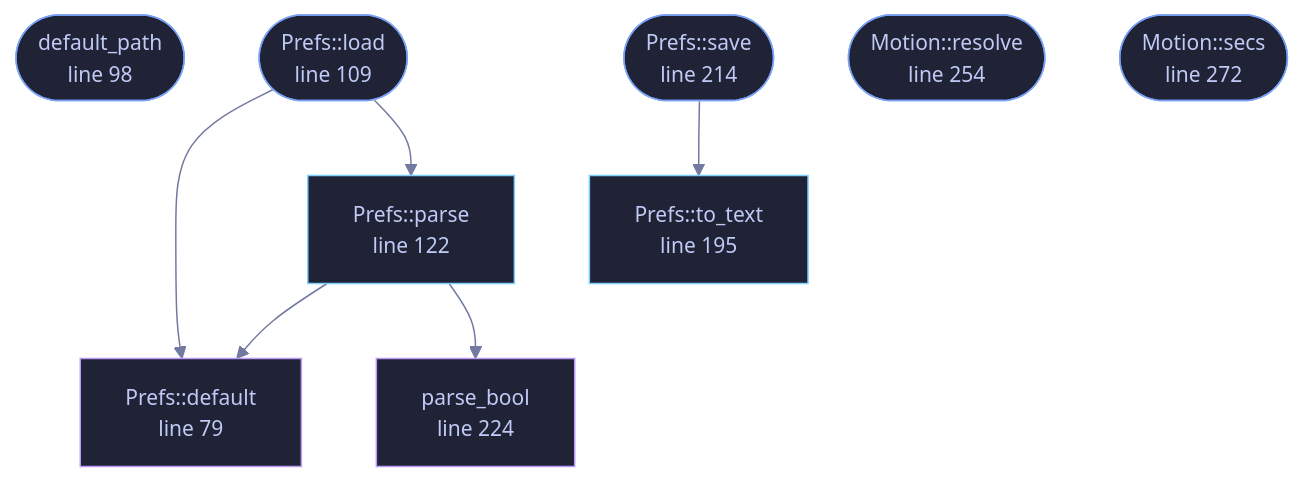
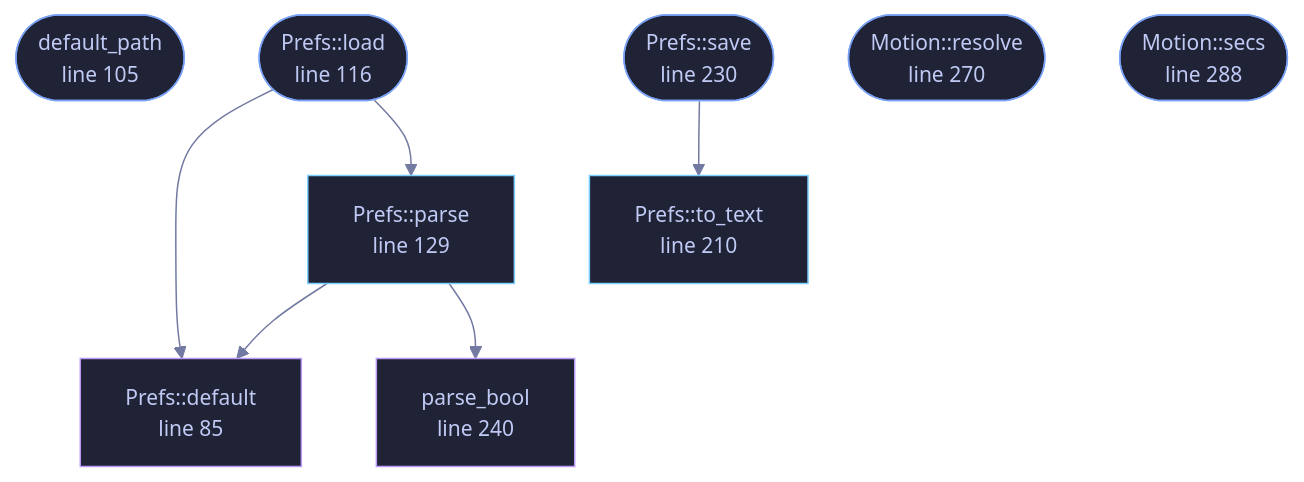
Before and after one commit to tilas01/veilvoice: the diagram in wiki/File-veilvoice-gui-prefs.md, drawn with Mermaid. The commit also changed other lines of this file and 69 other files, not shown here.

````diff
--- a/wiki/File-veilvoice-gui-prefs.md
+++ b/wiki/File-veilvoice-gui-prefs.md
@@ -81,33 +81,33 @@
 ```mermaid
 %%{init: {"theme":"base","themeVariables":{"background":"#1a1b26","primaryColor":"#1f2335","primaryTextColor":"#c0caf5","primaryBorderColor":"#7aa2f7","secondaryColor":"#16161e","tertiaryColor":"#16161e","lineColor":"#737aa2","textColor":"#c0caf5","mainBkg":"#1f2335","nodeBorder":"#7aa2f7","clusterBkg":"#16161e","clusterBorder":"#2f3549","fontFamily":"ui-monospace, SFMono-Regular, Consolas, monospace","fontSize":"14px"}}}%%
 flowchart TD
-    n_default["Prefs::default<br/>line 79"]
-    n_default_path(["default_path<br/>line 98"])
-    n_load(["Prefs::load<br/>line 109"])
-    n_parse["Prefs::parse<br/>line 122"]
-    n_to_text["Prefs::to_text<br/>line 195"]
-    n_save(["Prefs::save<br/>line 214"])
-    n_parse_bool["parse_bool<br/>line 224"]
-    n_resolve(["Motion::resolve<br/>line 254"])
-    n_secs(["Motion::secs<br/>line 272"])
+    n_default["Prefs::default<br/>line 85"]
+    n_default_path(["default_path<br/>line 105"])
+    n_load(["Prefs::load<br/>line 116"])
+    n_parse["Prefs::parse<br/>line 129"]
+    n_to_text["Prefs::to_text<br/>line 210"]
+    n_save(["Prefs::save<br/>line 230"])
+    n_parse_bool["parse_bool<br/>line 240"]
+    n_resolve(["Motion::resolve<br/>line 270"])
+    n_secs(["Motion::secs<br/>line 288"])
     n_load --> n_default
     n_load --> n_parse
     n_parse --> n_default
     n_parse --> n_parse_bool
     n_save --> n_to_text
-    click n_default href "https://github.com/tilas01/veilvoice/blob/main/crates/veilvoice-gui/src/prefs.rs#L79" "open the source"
-    click n_default_path href "https://github.com/tilas01/veilvoice/blob/main/crates/veilvoice-gui/src/prefs.rs#L98" "open the source"
-    click n_load href "https://github.com/tilas01/veilvoice/blob/main/crates/veilvoice-gui/src/prefs.rs#L109" "open the source"
-    click n_parse href "https://github.com/tilas01/veilvoice/blob/main/crates/veilvoice-gui/src/prefs.rs#L122" "open the source"
-    click n_to_text href "https://github.com/tilas01/veilvoice/blob/main/crates/veilvoice-gui/src/prefs.rs#L195" "open the source"
-    click n_save href "https://github.com/tilas01/veilvoice/blob/main/crates/veilvoice-gui/src/prefs.rs#L214" "open the source"
-    click n_parse_bool href "https://github.com/tilas01/veilvoice/blob/main/crates/veilvoice-gui/src/prefs.rs#L224" "open the source"
-    click n_resolve href "https://github.com/tilas01/veilvoice/blob/main/crates/veilvoice-gui/src/prefs.rs#L254" "open the source"
-    click n_secs href "https://github.com/tilas01/veilvoice/blob/main/crates/veilvoice-gui/src/prefs.rs#L272" "open the source"
+    click n_default href "https://github.com/tilas01/veilvoice/blob/main/crates/veilvoice-gui/src/prefs.rs#L85" "open the source"
+    click n_default_path href "https://github.com/tilas01/veilvoice/blob/main/crates/veilvoice-gui/src/prefs.rs#L105" "open the source"
+    click n_load href "https://github.com/tilas01/veilvoice/blob/main/crates/veilvoice-gui/src/prefs.rs#L116" "open the source"
+    click n_parse href "https://github.com/tilas01/veilvoice/blob/main/crates/veilvoice-gui/src/prefs.rs#L129" "open the source"
+    click n_to_text href "https://github.com/tilas01/veilvoice/blob/main/crates/veilvoice-gui/src/prefs.rs#L210" "open the source"
+    click n_save href "https://github.com/tilas01/veilvoice/blob/main/crates/veilvoice-gui/src/prefs.rs#L230" "open the source"
+    click n_parse_bool href "https://github.com/tilas01/veilvoice/blob/main/crates/veilvoice-gui/src/prefs.rs#L240" "open the source"
+    click n_resolve href "https://github.com/tilas01/veilvoice/blob/main/crates/veilvoice-gui/src/prefs.rs#L270" "open the source"
+    click n_secs href "https://github.com/tilas01/veilvoice/blob/main/crates/veilvoice-gui/src/prefs.rs#L288" "open the source"
     classDef entry fill:#1f2335,stroke:#7aa2f7,color:#c0caf5
     class n_default_path,n_load,n_save,n_resolve,n_secs entry
     classDef api fill:#1f2335,stroke:#7dcfff,color:#c0caf5
     class n_parse,n_to_text api
     classDef helper fill:#1f2335,stroke:#bb9af7,color:#c0caf5
     class n_default,n_parse_bool helper
 ```
````
